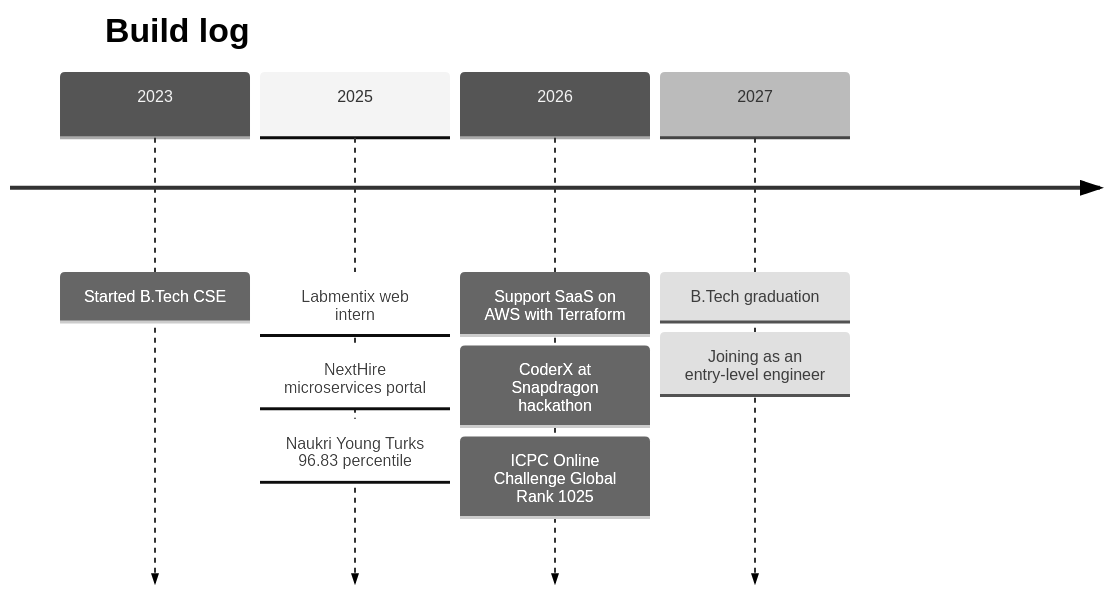
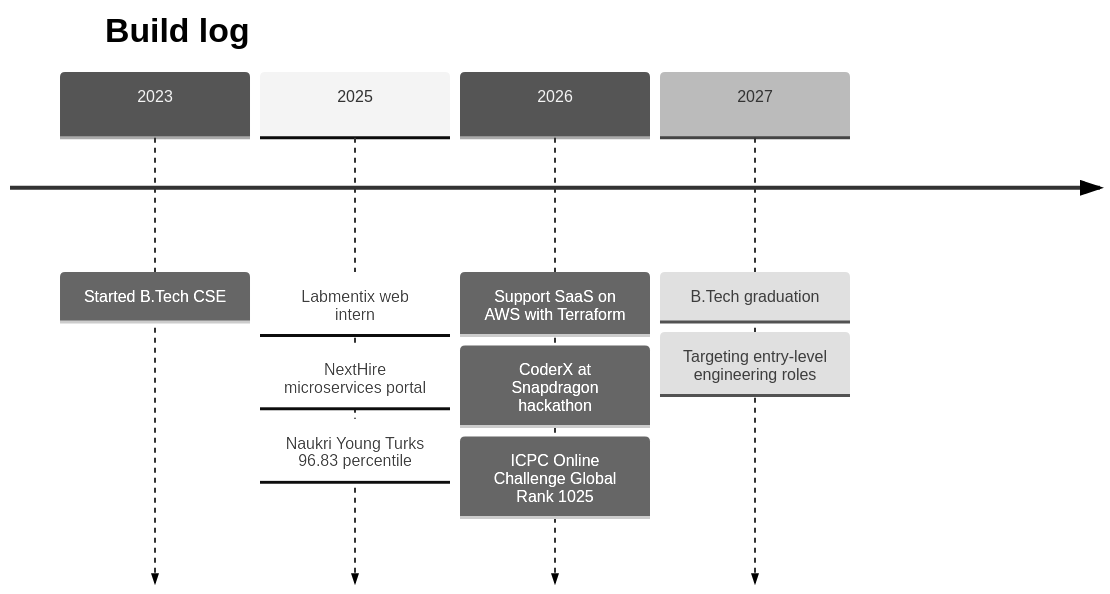
The eighth of 8 diagrams in README.md (Suraj854204/Suraj854204), drawn with Mermaid (neutral theme) before and after one commit. The commit also changed other lines of this file, not shown here.

````diff
--- a/README.md
+++ b/README.md
@@ -388,13 +348,13 @@
 ```mermaid
 timeline
     title Build log
     2023 : Started B.Tech CSE
     2025 : Labmentix web intern
          : NextHire microservices portal
          : Naukri Young Turks 96.83 percentile
     2026 : Support SaaS on AWS with Terraform
          : CoderX at Snapdragon hackathon
          : ICPC Online Challenge Global Rank 1025
     2027 : B.Tech graduation
-         : Joining as an entry-level engineer
+         : Targeting entry-level engineering roles
 ```
````
